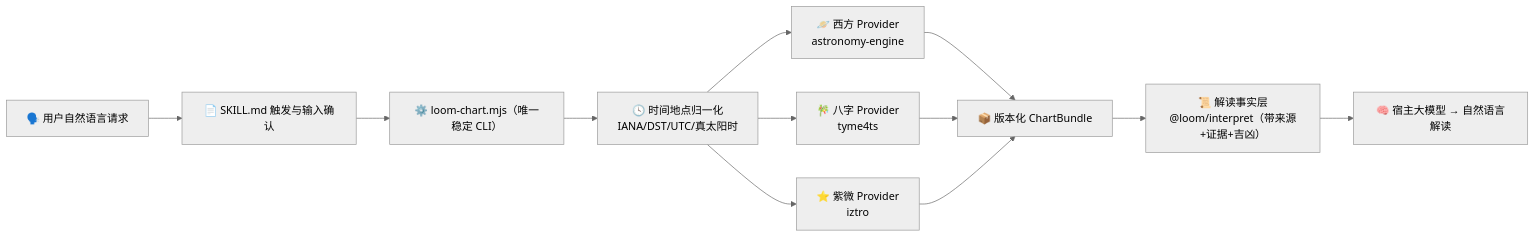
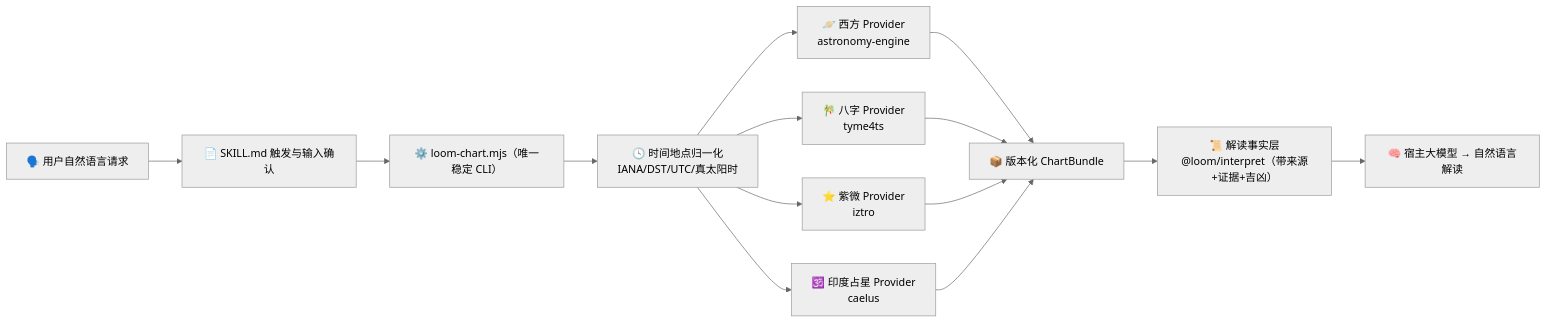
The first of 2 diagrams in README.md (Jowitt13/loom-of-heaven), drawn with Mermaid (neutral theme) before and after one commit. The commit also changed other lines of this file and 2 other files, not shown here.

````diff
--- a/README.md
+++ b/README.md
@@ -72,14 +70,16 @@
 ```mermaid
 flowchart LR
   U["🗣️ 用户自然语言请求"] --> S["📄 SKILL.md 触发与输入确认"]
   S --> CLI["⚙️ loom-chart.mjs（唯一稳定 CLI）"]
   CLI --> T["🕓 时间地点归一化<br/>IANA/DST/UTC/真太阳时"]
   T --> W["🪐 西方 Provider<br/>astronomy-engine"]
   T --> B["🎋 八字 Provider<br/>tyme4ts"]
   T --> Z["⭐ 紫微 Provider<br/>iztro"]
+  T --> V["🕉️ 印度占星 Provider<br/>caelus"]
   W --> C["📦 版本化 ChartBundle"]
   B --> C
   Z --> C
+  V --> C
   C --> I["📜 解读事实层<br/>@loom/interpret（带来源+证据+吉凶）"]
   I --> LLM["🧠 宿主大模型 → 自然语言解读"]
 ```
````
